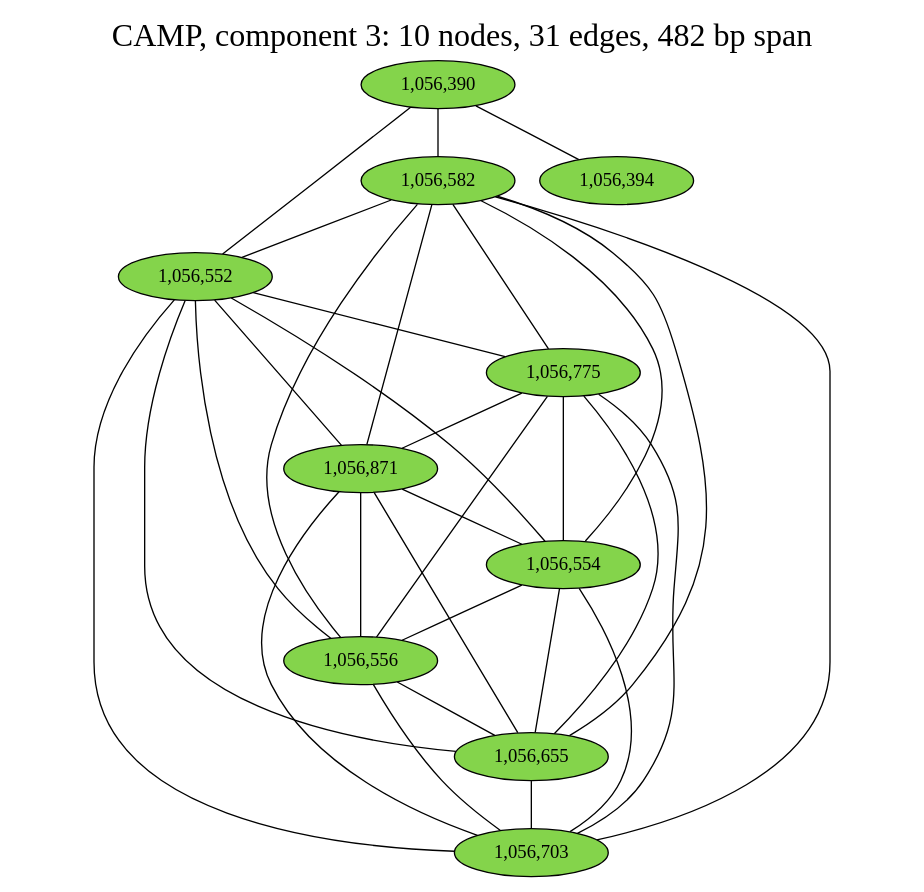
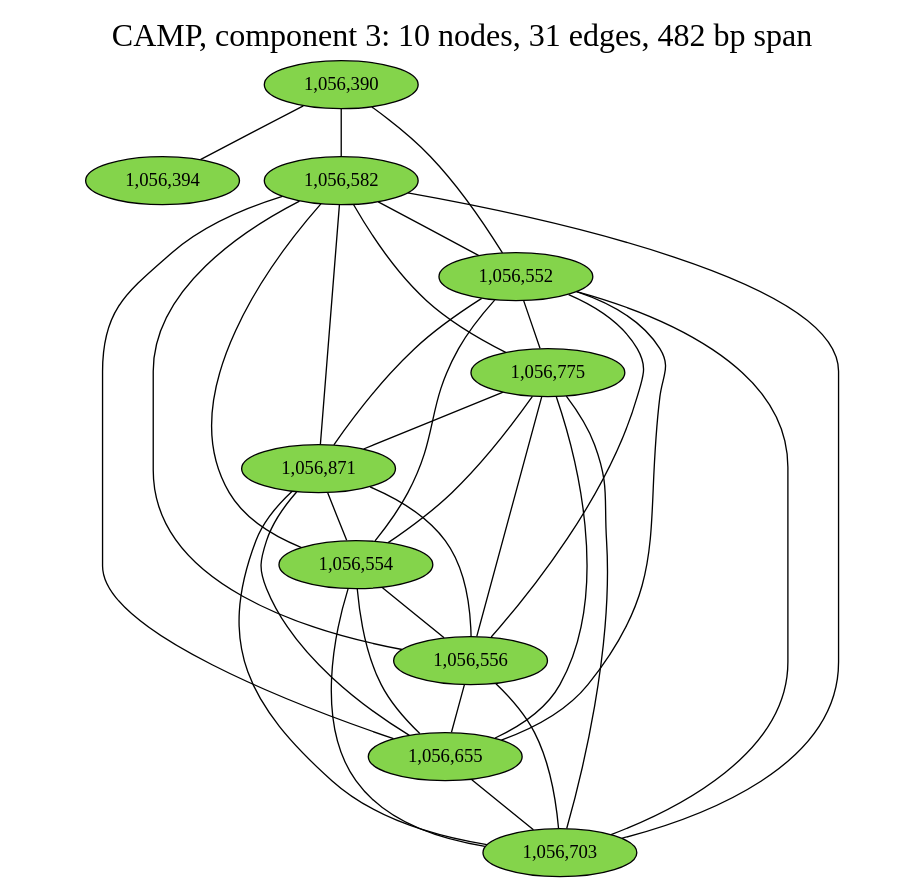
One commit to fedarko/sheepgut changed the diagram in notebooks/graphs/CAMP_cc3.gv. Above: the diagram before and after it, drawn with Graphviz. The commit also changed other lines of this file and 57 other files, not shown here.

```diff
--- a/notebooks/graphs/CAMP_cc3.gv
+++ b/notebooks/graphs/CAMP_cc3.gv
@@ -1,49 +1,49 @@
 graph CAMP_cc3 {
 	overlap="prism50";
 	outputorder="edgesfirst";
 	node [style="filled"];
 	label="CAMP, component 3: 10 nodes, 31 edges, 482 bp span";
 	labelloc="t";
 	fontsize=24;
 	"1,056,390" [fillcolor="#84d44b", fontcolor="#000000"];
-	"1,056,582" [fillcolor="#84d44b", fontcolor="#000000"];
+	"1,056,394" [fillcolor="#84d44b", fontcolor="#000000"];
 	"1,056,552" [fillcolor="#84d44b", fontcolor="#000000"];
-	"1,056,775" [fillcolor="#84d44b", fontcolor="#000000"];
-	"1,056,394" [fillcolor="#84d44b", fontcolor="#000000"];
-	"1,056,871" [fillcolor="#84d44b", fontcolor="#000000"];
 	"1,056,554" [fillcolor="#84d44b", fontcolor="#000000"];
 	"1,056,556" [fillcolor="#84d44b", fontcolor="#000000"];
+	"1,056,582" [fillcolor="#84d44b", fontcolor="#000000"];
 	"1,056,655" [fillcolor="#84d44b", fontcolor="#000000"];
 	"1,056,703" [fillcolor="#84d44b", fontcolor="#000000"];
+	"1,056,775" [fillcolor="#84d44b", fontcolor="#000000"];
+	"1,056,871" [fillcolor="#84d44b", fontcolor="#000000"];
 	"1,056,390" -- "1,056,394";
 	"1,056,390" -- "1,056,552";
 	"1,056,390" -- "1,056,582";
 	"1,056,582" -- "1,056,552";
 	"1,056,582" -- "1,056,554";
 	"1,056,582" -- "1,056,556";
 	"1,056,582" -- "1,056,655";
 	"1,056,582" -- "1,056,703";
 	"1,056,582" -- "1,056,775";
 	"1,056,582" -- "1,056,871";
 	"1,056,552" -- "1,056,554";
 	"1,056,552" -- "1,056,556";
 	"1,056,552" -- "1,056,655";
 	"1,056,552" -- "1,056,703";
 	"1,056,552" -- "1,056,775";
 	"1,056,552" -- "1,056,871";
 	"1,056,775" -- "1,056,554";
 	"1,056,775" -- "1,056,556";
 	"1,056,775" -- "1,056,655";
 	"1,056,775" -- "1,056,703";
 	"1,056,775" -- "1,056,871";
 	"1,056,871" -- "1,056,554";
 	"1,056,871" -- "1,056,556";
 	"1,056,871" -- "1,056,655";
 	"1,056,871" -- "1,056,703";
 	"1,056,554" -- "1,056,556";
 	"1,056,554" -- "1,056,655";
 	"1,056,554" -- "1,056,703";
 	"1,056,556" -- "1,056,655";
 	"1,056,556" -- "1,056,703";
 	"1,056,655" -- "1,056,703";
 }
```
